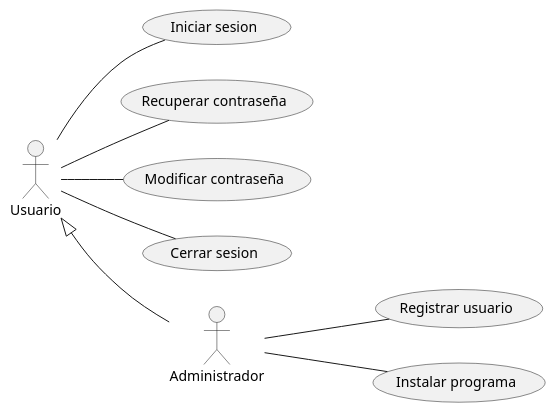
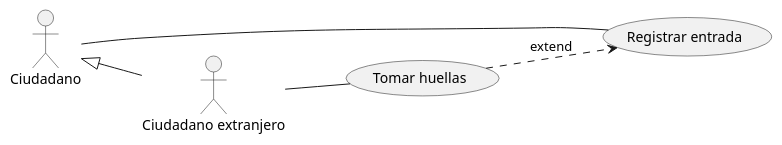
Before and after one commit to b3n0nk3/PlantUml: the diagram in src/PlanUml.puml, drawn with PlantUML.

Commit message:
Puesto fronterizo

```diff
--- a/src/PlanUml.puml
+++ b/src/PlanUml.puml
@@ -1,14 +1,12 @@
 @startuml
 left to right direction
 
-:Usuario: -- (Iniciar sesion)
-:Usuario: -- (Recuperar contraseña)
-:Usuario: -- (Modificar contraseña)
-:Usuario: -- (Cerrar sesion)
-:Administrador: -- (Registrar usuario)
-:Administrador: -- (Instalar programa)
+:Ciudadano: -- (Registrar entrada)
+:Ciudadano extranjero: -- (Tomar huellas)
 
-:Usuario: <|-- :Administrador:
+(Tomar huellas) ..> (Registrar entrada) : extend
+
+:Ciudadano: <|-- :Ciudadano extranjero:
 
 
 @enduml
```
